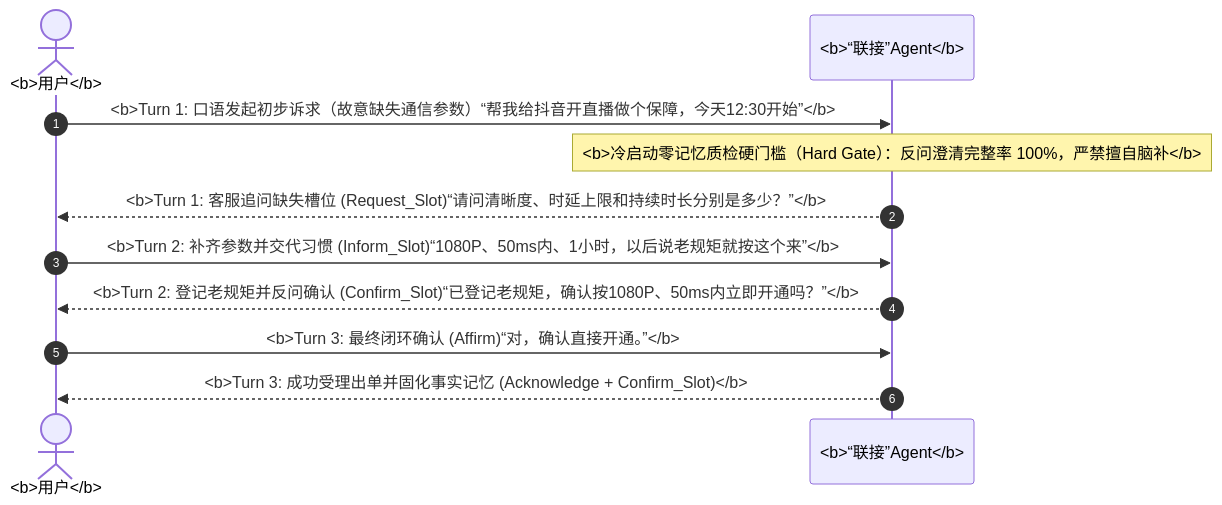
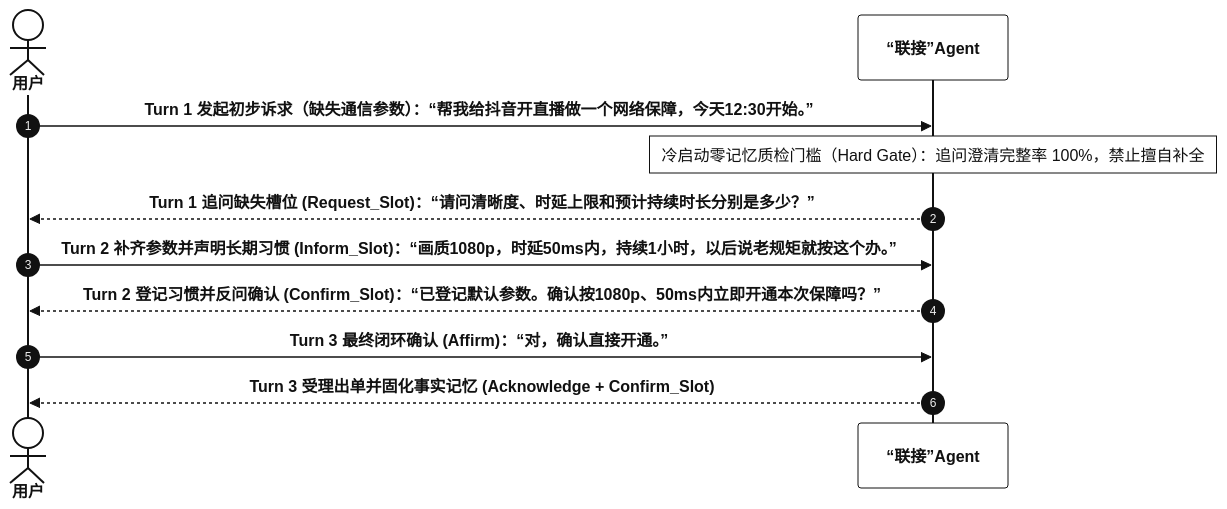
The second of 4 diagrams in docs/specs/cognitive_memory_dev_spec.md (wangbanjin1/cross_data_gen), drawn with Mermaid before and after one commit. The commit also changed other lines of this file and 17 other files, not shown here.

Commit message:
refactor(docs): restore native Antigravity Mermaid rendering, remove self-generated diagrams, and standardize rigorous technical terminology

````diff
--- a/docs/specs/cognitive_memory_dev_spec.md
+++ b/docs/specs/cognitive_memory_dev_spec.md
@@ -76,16 +74,17 @@
 ```mermaid
+%%{init: {'theme': 'base', 'themeVariables': {'background': '#FFFFFF', 'primaryColor': '#FFFFFF', 'primaryTextColor': '#111111', 'primaryBorderColor': '#111111', 'lineColor': '#111111', 'actorBkg': '#FFFFFF', 'actorBorder': '#111111', 'actorTextColor': '#111111', 'signalColor': '#111111', 'signalTextColor': '#111111', 'noteBkgColor': '#FFFFFF', 'noteBorderColor': '#111111', 'noteTextColor': '#111111'}, 'sequence': {'actorFontWeight': 700, 'messageFontWeight': 700, 'noteFontWeight': 700}}}%%
 sequenceDiagram
     autonumber
-    actor User as <b>用户</b>
-    participant Agent as <b>“联接”Agent</b>
+    actor User as 用户
+    participant Agent as “联接”Agent
 
-    User->>Agent: <b>Turn 1: 口语发起初步诉求（故意缺失通信参数）“帮我给抖音开直播做个保障，今天12:30开始”</b>
-    Note over Agent: <b>冷启动零记忆质检硬门槛（Hard Gate）：反问澄清完整率 100%，严禁擅自脑补</b>
-    Agent-->>User: <b>Turn 1: 客服追问缺失槽位 (Request_Slot)“请问清晰度、时延上限和持续时长分别是多少？”</b>
+    User->>Agent: Turn 1 发起初步诉求（缺失通信参数）：“帮我给抖音开直播做一个网络保障，今天12:30开始。”
+    Note over Agent: 冷启动零记忆质检门槛（Hard Gate）：追问澄清完整率 100%，禁止擅自补全
+    Agent-->>User: Turn 1 追问缺失槽位 (Request_Slot)：“请问清晰度、时延上限和预计持续时长分别是多少？”
 
-    User->>Agent: <b>Turn 2: 补齐参数并交代习惯 (Inform_Slot)“1080P、50ms内、1小时，以后说老规矩就按这个来”</b>
-    Agent-->>User: <b>Turn 2: 登记老规矩并反问确认 (Confirm_Slot)“已登记老规矩，确认按1080P、50ms内立即开通吗？”</b>
+    User->>Agent: Turn 2 补齐参数并声明长期习惯 (Inform_Slot)：“画质1080p，时延50ms内，持续1小时，以后说老规矩就按这个办。”
+    Agent-->>User: Turn 2 登记习惯并反问确认 (Confirm_Slot)：“已登记默认参数。确认按1080p、50ms内立即开通本次保障吗？”
 
-    User->>Agent: <b>Turn 3: 最终闭环确认 (Affirm)“对，确认直接开通。”</b>
-    Agent-->>User: <b>Turn 3: 成功受理出单并固化事实记忆 (Acknowledge + Confirm_Slot)</b>
+    User->>Agent: Turn 3 最终闭环确认 (Affirm)：“对，确认直接开通。”
+    Agent-->>User: Turn 3 受理出单并固化事实记忆 (Acknowledge + Confirm_Slot)
 ```
````
